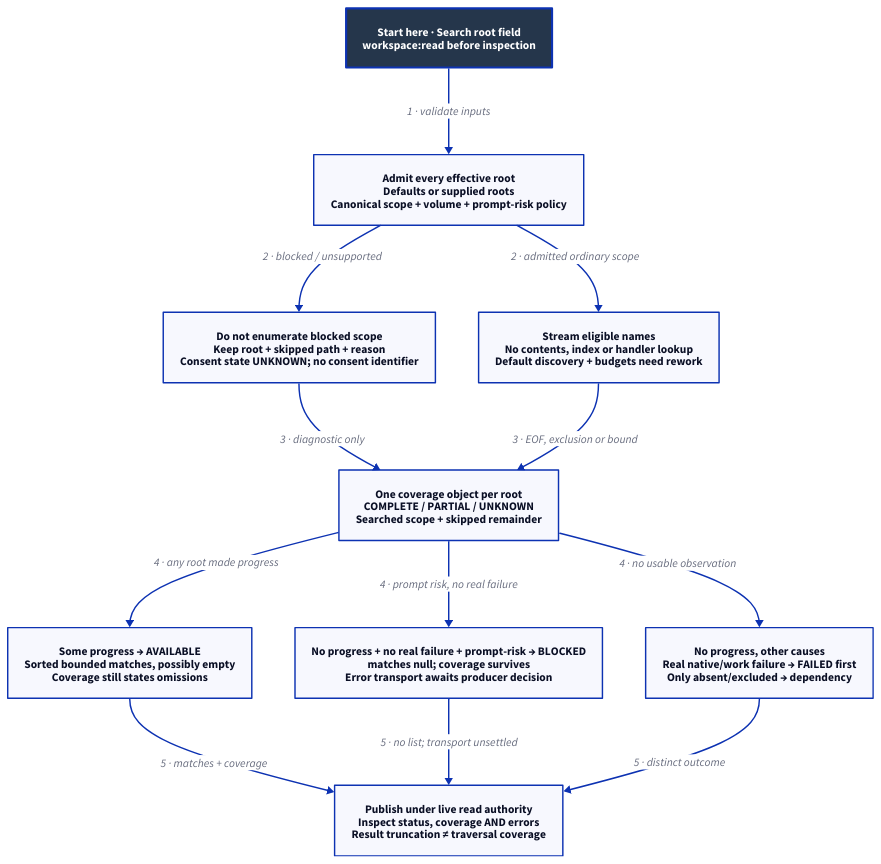
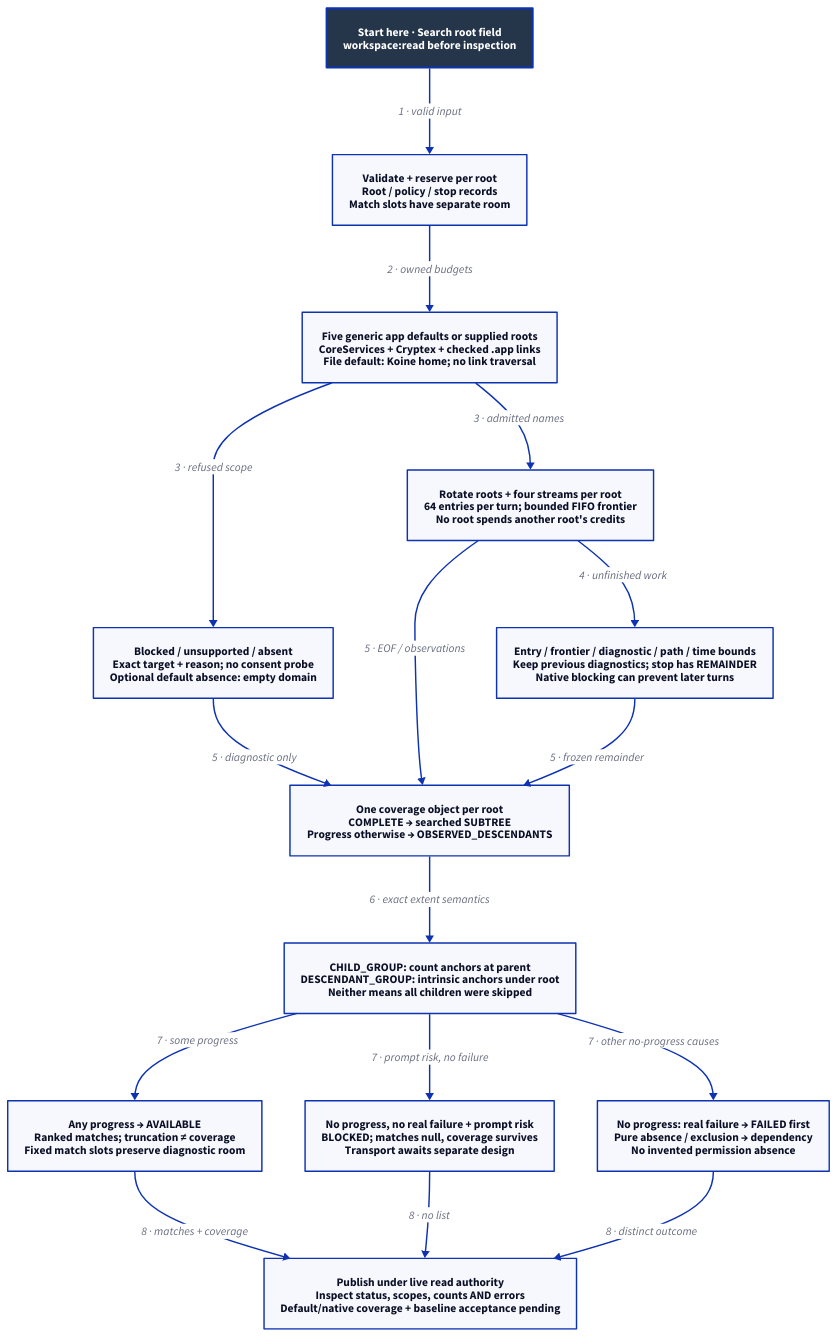
One commit to Linkuistics/Koine changed the diagram in docs/design/architecture/search-coverage.d2. Above: the diagram before and after it, drawn with D2. The commit also changed 19 other files, not shown here.

Commit message:
search-coverage-k96: design generic application discovery and bounded coverage

```diff
--- a/docs/design/architecture/search-coverage.d2
+++ b/docs/design/architecture/search-coverage.d2
@@ -1,25 +1,32 @@
-# Review repair: default discovery/budgets and BLOCKED transport need design.
+# Designed flow; arrows show order/guards, not checked temporal guarantees.
 direction: down
 classes: {
   start: {style: {fill: "#25364B"; font-color: "#FFFFFF"; bold: true; stroke-width: 3}}
 }
 Start: "Start here · Search root field\nworkspace:read before inspection" {class: start}
-Admission: "Admit every effective root\nDefaults or supplied roots\nCanonical scope + volume + prompt-risk policy"
-Skip: "Do not enumerate blocked scope\nKeep root + skipped path + reason\nConsent state UNKNOWN; no consent identifier"
-Scan: "Stream eligible names\nNo contents, index or handler lookup\nDefault discovery + budgets need rework"
-Coverage: "One coverage object per root\nCOMPLETE / PARTIAL / UNKNOWN\nSearched scope + skipped remainder"
-Available: "Some progress → AVAILABLE\nSorted bounded matches, possibly empty\nCoverage still states omissions"
-Blocked: "No progress + no real failure + prompt-risk → BLOCKED\nmatches null; coverage survives\nError transport awaits producer decision"
-Other: "No progress, other causes\nReal native/work failure → FAILED first\nOnly absent/excluded → dependency"
-Publish: "Publish under live read authority\nInspect status, coverage AND errors\nResult truncation ≠ traversal coverage"
-Start -> Admission: "1 · validate inputs"
-Admission -> Skip: "2 · blocked / unsupported"
-Admission -> Scan: "2 · admitted ordinary scope"
-Skip -> Coverage: "3 · diagnostic only"
-Scan -> Coverage: "3 · EOF, exclusion or bound"
-Coverage -> Available: "4 · any root made progress"
-Coverage -> Blocked: "4 · prompt risk, no real failure"
-Coverage -> Other: "4 · no usable observation"
-Available -> Publish: "5 · matches + coverage"
-Blocked -> Publish: "5 · no list; transport unsettled"
-Other -> Publish: "5 · distinct outcome"
+Reserve: "Validate + reserve per root\nRoot / policy / stop records\nMatch slots have separate room"
+Admission: "Five generic app defaults or supplied roots\nCoreServices + Cryptex + checked .app links\nFile default: Koine home; no link traversal"
+Skip: "Blocked / unsupported / absent\nExact target + reason; no consent probe\nOptional default absence: empty domain"
+Scan: "Rotate roots + four streams per root\n64 entries per turn; bounded FIFO frontier\nNo root spends another root's credits"
+Bounds: "Entry / frontier / diagnostic / path / time bounds\nKeep previous diagnostics; stop has REMAINDER\nNative blocking can prevent later turns"
+Coverage: "One coverage object per root\nCOMPLETE → searched SUBTREE\nProgress otherwise → OBSERVED_DESCENDANTS"
+Groups: "CHILD_GROUP: count anchors at parent\nDESCENDANT_GROUP: intrinsic anchors under root\nNeither means all children were skipped"
+Available: "Any progress → AVAILABLE\nRanked matches; truncation ≠ coverage\nFixed match slots preserve diagnostic room"
+Blocked: "No progress, no real failure + prompt risk\nBLOCKED; matches null, coverage survives\nTransport awaits separate design"
+Other: "No progress: real failure → FAILED first\nPure absence / exclusion → dependency\nNo invented permission absence"
+Publish: "Publish under live read authority\nInspect status, scopes, counts AND errors\nDefault/native coverage + baseline acceptance pending"
+Start -> Reserve: "1 · valid input"
+Reserve -> Admission: "2 · owned budgets"
+Admission -> Skip: "3 · refused scope"
+Admission -> Scan: "3 · admitted names"
+Scan -> Bounds: "4 · unfinished work"
+Skip -> Coverage: "5 · diagnostic only"
+Scan -> Coverage: "5 · EOF / observations"
+Bounds -> Coverage: "5 · frozen remainder"
+Coverage -> Groups: "6 · exact extent semantics"
+Groups -> Available: "7 · some progress"
+Groups -> Blocked: "7 · prompt risk, no failure"
+Groups -> Other: "7 · other no-progress causes"
+Available -> Publish: "8 · matches + coverage"
+Blocked -> Publish: "8 · no list"
+Other -> Publish: "8 · distinct outcome"
```
